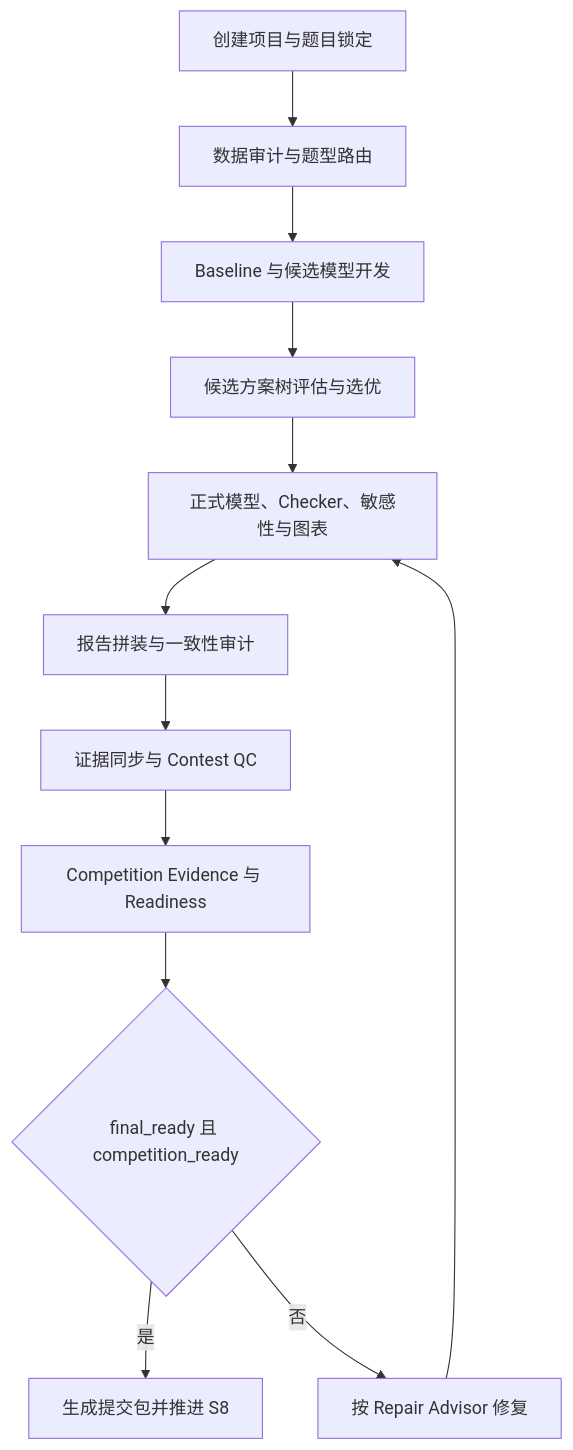
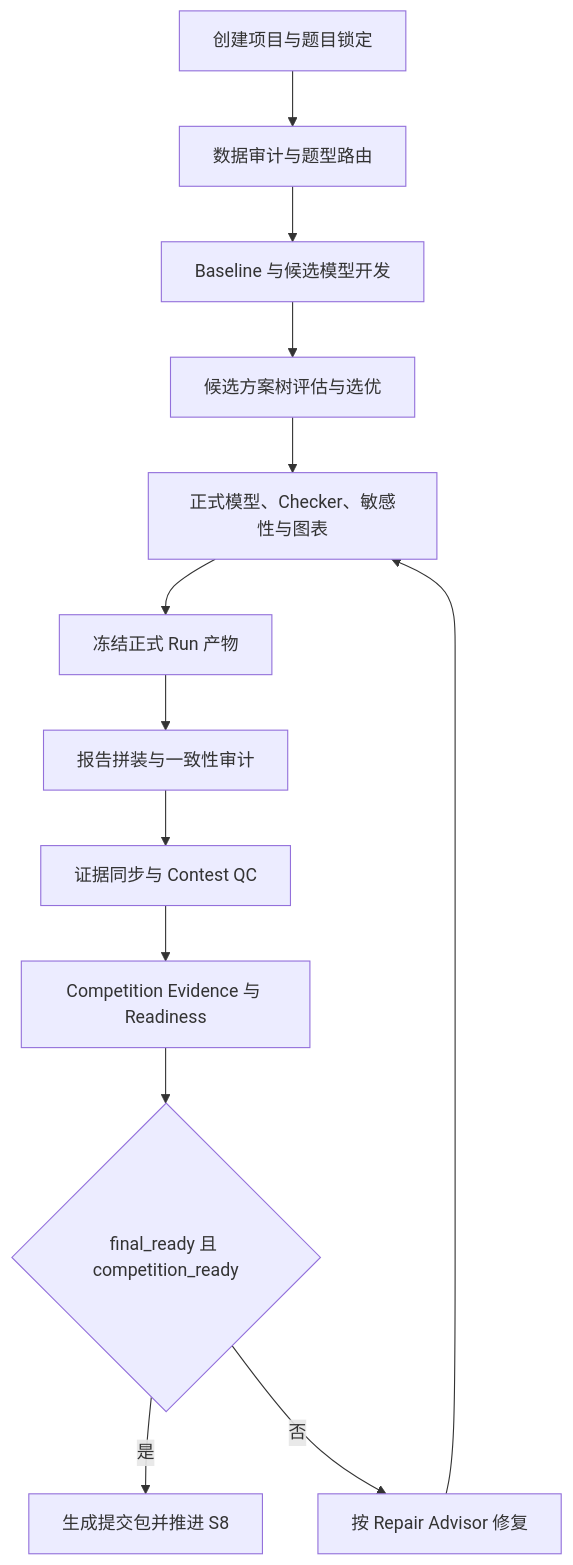
Before and after one commit to Zhengxuejun/mathematical-modeling-agent: the diagram in README.md, drawn with Mermaid. The commit also changed other lines of this file and 15 other files, not shown here.

Commit message:
fix: freeze contest QC run artifacts (#9)

````diff
--- a/README.md
+++ b/README.md
@@ -19,14 +20,15 @@
 ```mermaid
 flowchart TD
     A[创建项目与题目锁定] --> B[数据审计与题型路由]
     B --> C[Baseline 与候选模型开发]
     C --> D[候选方案树评估与选优]
     D --> E[正式模型、Checker、敏感性与图表]
-    E --> F[报告拼装与一致性审计]
-    F --> G[证据同步与 Contest QC]
-    G --> H[Competition Evidence 与 Readiness]
-    H --> I{final_ready 且 competition_ready}
-    I -->|是| J[生成提交包并推进 S8]
-    I -->|否| K[按 Repair Advisor 修复]
-    K --> E
+    E --> F[冻结正式 Run 产物]
+    F --> G[报告拼装与一致性审计]
+    G --> H[证据同步与 Contest QC]
+    H --> I[Competition Evidence 与 Readiness]
+    I --> J{final_ready 且 competition_ready}
+    J -->|是| K[生成提交包并推进 S8]
+    J -->|否| L[按 Repair Advisor 修复]
+    L --> E
 ```
````
